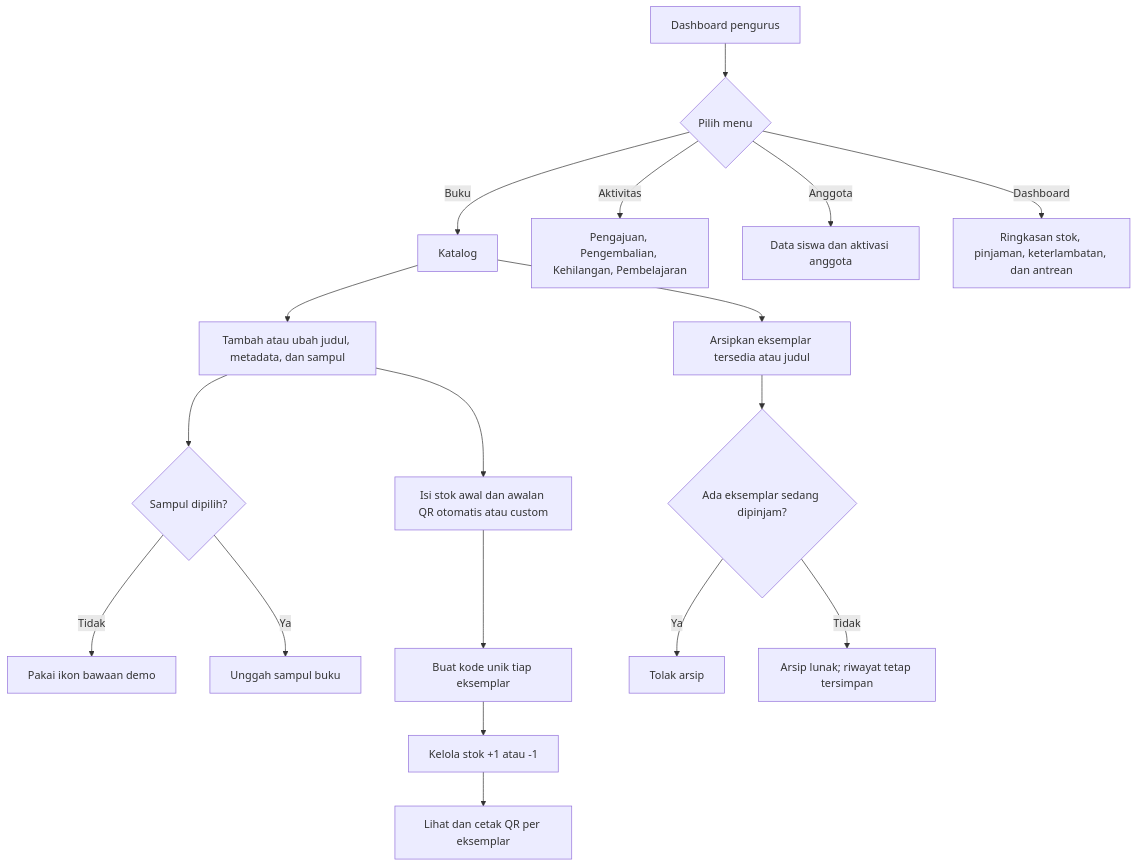
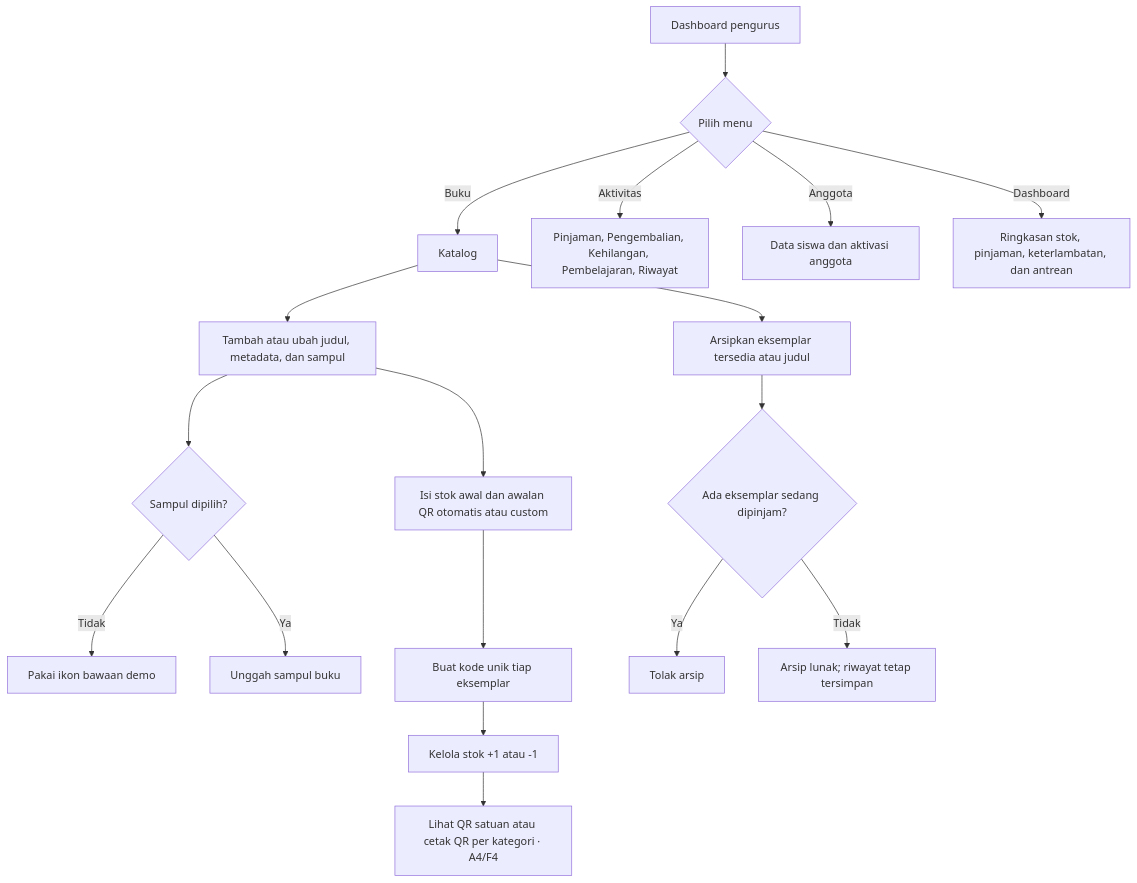
One commit to rezhazha41/apps-perpus changed the third of 4 diagrams in README.md. Above: the diagram before and after it, drawn with Mermaid. The commit also changed other lines of this file and 35 other files, not shown here.

````diff
--- a/README.md
+++ b/README.md
@@ -277,20 +285,20 @@
 ```mermaid
 flowchart TD
     A[Dashboard pengurus] --> B{Pilih menu}
     B -->|Buku| C[Katalog]
     C --> D[Tambah atau ubah judul, metadata, dan sampul]
     D --> E{Sampul dipilih?}
     E -->|Tidak| F[Pakai ikon bawaan demo]
     E -->|Ya| G[Unggah sampul buku]
     D --> H[Isi stok awal dan awalan QR otomatis atau custom]
     H --> I[Buat kode unik tiap eksemplar]
     I --> J[Kelola stok +1 atau -1]
-    J --> K[Lihat dan cetak QR per eksemplar]
+    J --> K[Lihat QR satuan atau cetak QR per kategori · A4/F4]
     C --> L[Arsipkan eksemplar tersedia atau judul]
     L --> M{Ada eksemplar sedang dipinjam?}
     M -->|Ya| N[Tolak arsip]
     M -->|Tidak| O[Arsip lunak; riwayat tetap tersimpan]
-    B -->|Aktivitas| P[Pengajuan, Pengembalian, Kehilangan, Pembelajaran]
+    B -->|Aktivitas| P[Pinjaman, Pengembalian, Kehilangan, Pembelajaran, Riwayat]
     B -->|Anggota| Q[Data siswa dan aktivasi anggota]
     B -->|Dashboard| R[Ringkasan stok, pinjaman, keterlambatan, dan antrean]
 ```
````
